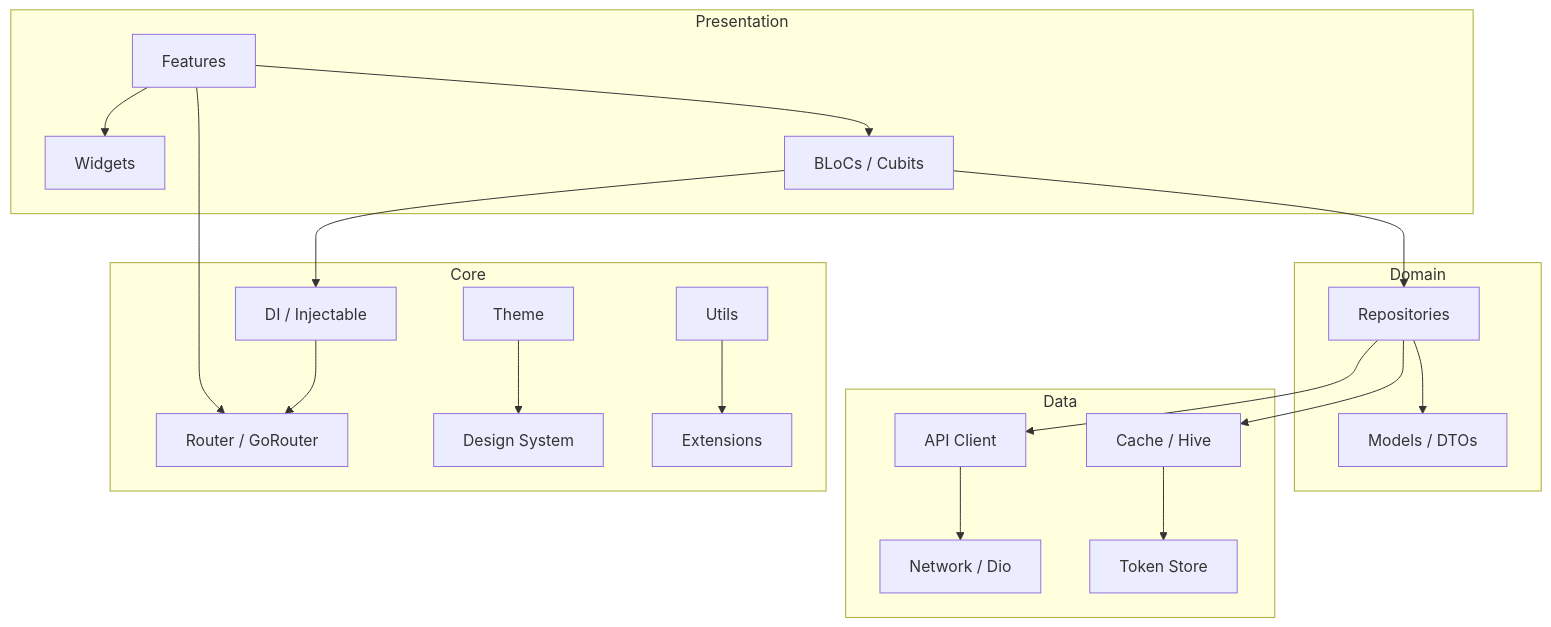
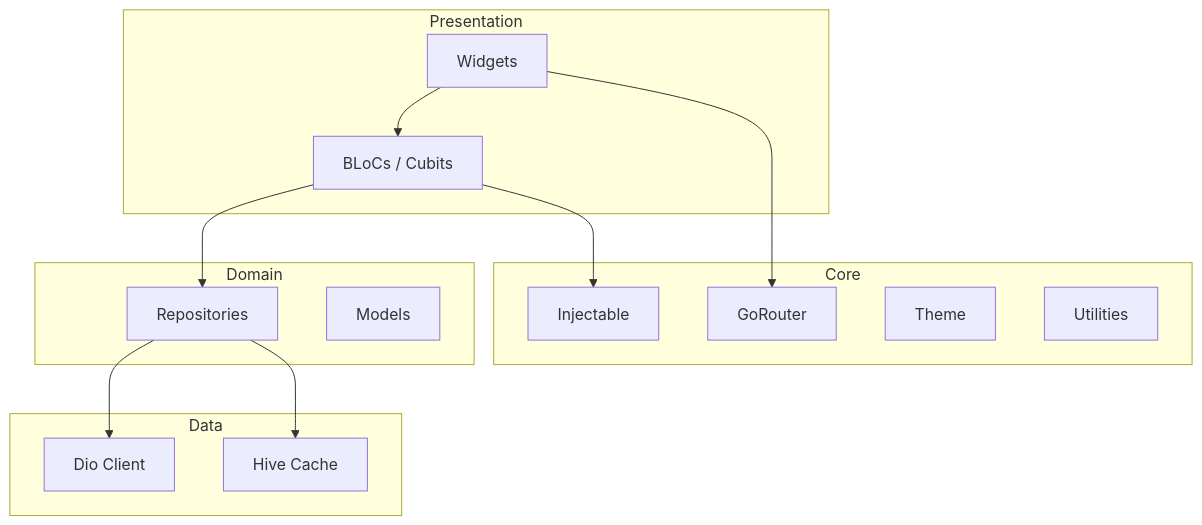
Before and after one commit to tsnAnh/flutter-agentic-starter: the diagram in README.md, drawn with Mermaid. The commit also changed other lines of this file, not shown here.

````diff
--- a/README.md
+++ b/README.md
@@ -21,28 +203,33 @@
 ```mermaid
 graph TD
+
     subgraph Presentation
-        F[Features] --> W[Widgets]
-        F --> B[BLoCs / Cubits]
+        UI[Widgets]
+        Cubit[BLoCs / Cubits]
     end
 
     subgraph Domain
-        R[Repositories] --> M[Models / DTOs]
+        Repo[Repositories]
+        Model[Models]
     end
 
     subgraph Data
-        A[API Client] --> N[Network / Dio]
-        C[Cache / Hive] --> TS[Token Store]
+        API[Dio Client]
+        Cache[Hive Cache]
     end
 
     subgraph Core
-        DI[DI / Injectable] --> RO[Router / GoRouter]
-        TH[Theme] --> DS[Design System]
-        U[Utils] --> EX[Extensions]
+        DI[Injectable]
+        Router[GoRouter]
+        Theme[Theme]
+        Utils[Utilities]
     end
 
-    B --> R
-    R --> A
-    R --> C
-    F --> RO
-    B --> DI
+    UI --> Cubit
+    Cubit --> Repo
+    Repo --> API
+    Repo --> Cache
+
+    Cubit --> DI
+    UI --> Router
 ```
````
